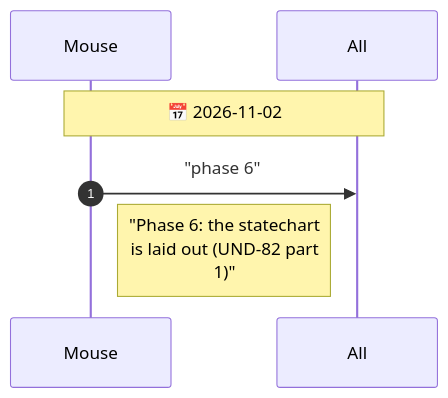
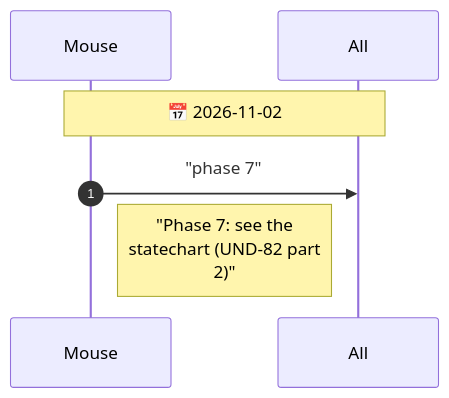
Before and after one commit to drusifer/understudy: diagram 15 of 15 in agents/CHAT.diagram.md, drawn with Mermaid. The commit also changed other lines of this file and 8 other files, not shown here.

First line of the commit message:
Phase 6: the statechart is laid out (UND-82 part 1)

````diff
--- a/agents/CHAT.diagram.md
+++ b/agents/CHAT.diagram.md
@@ -652,10 +685,10 @@
 ```mermaid
 %%{init: {"sequence": {"messageFontSize": 14, "noteFontSize": 18, "actorFontSize": 14}}}%%
 sequenceDiagram
     autonumber
     participant Mouse
     participant All
     Note over Mouse,All: 📅 2026-11-02
-    Mouse->>All: "phase 6"
-    Note right of Mouse: "Phase 6: the statechart<br/>is laid out (UND-82 part<br/>1)"
+    Mouse->>All: "phase 7"
+    Note right of Mouse: "Phase 7: see the<br/>statechart (UND-82 part<br/>2)"
 ```
````
